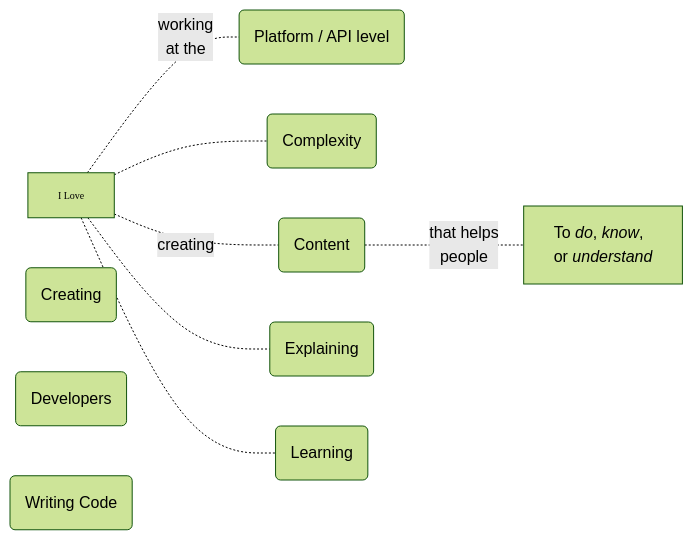
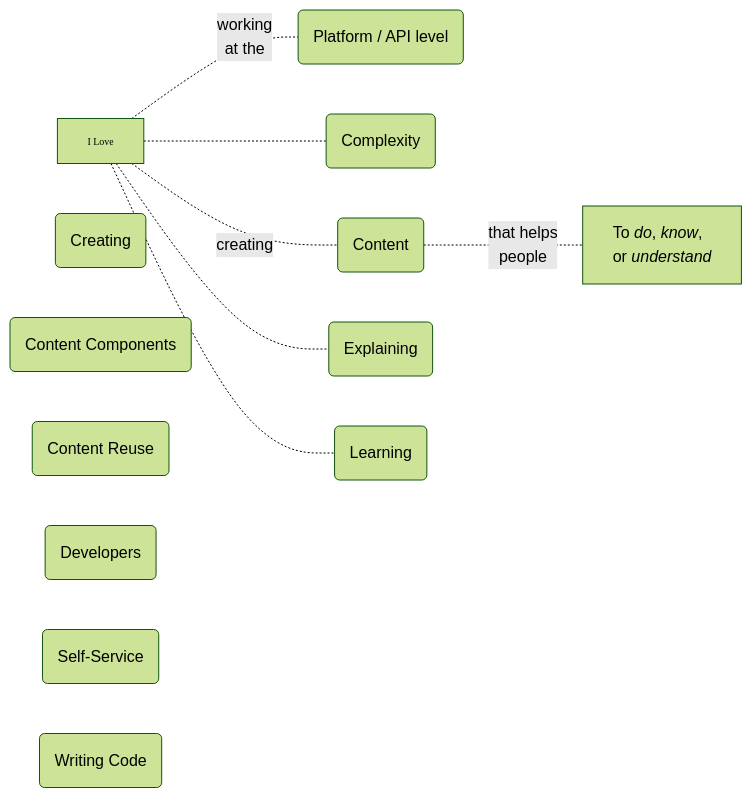
The diagram in overview.md (joe-dorward/samples), drawn with Mermaid before and after one commit.

````diff
--- a/overview.md
+++ b/overview.md
@@ -1,35 +1,39 @@
 ```mermaid
   %%{init: { "theme":"forest"} }%%
 
 
 flowchart LR
   classDef Compact font-family:verdana, font-size:7.5pt, text-align:left;
 I_LOVE["I Love"]:::Compact
 
 PLATFORM_API("Platform / API level")
 
 COMPLEXITY("Complexity")
 CREATING("Creating")
 CONTENT("Content")
+CONTENT_COMPONENTS("Content Components")
+CONTENT_REUSE("Content Reuse")
+
 DEVELOPERS("Developers")
 EXPLAINING("Explaining")
 LEARNING("Learning")
+SELF_SERVICE("Self-Service")
 
 DO_KNOW_UNDERSTAND["`To *do*, *know*,
 or *understand*`"]
 style DO_KNOW_UNDERSTAND text-align:left
 
 WRITING_CODE("Writing Code")
 
 %% CONNECTIONS
 
 I_LOVE-."working
 at the".-PLATFORM_API
 
 I_LOVE-.-COMPLEXITY
 I_LOVE-.-LEARNING
 I_LOVE-.-EXPLAINING
 
 I_LOVE-.creating.-CONTENT-."that helps
 people".-DO_KNOW_UNDERSTAND
 ```
````
